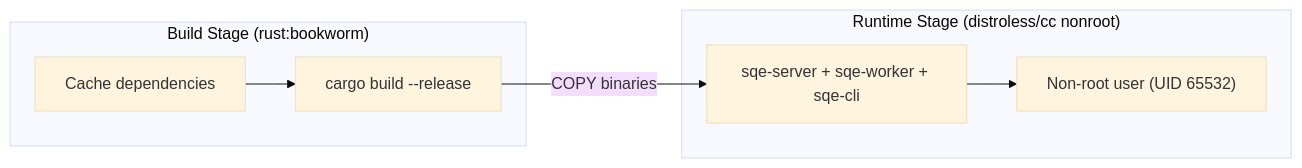
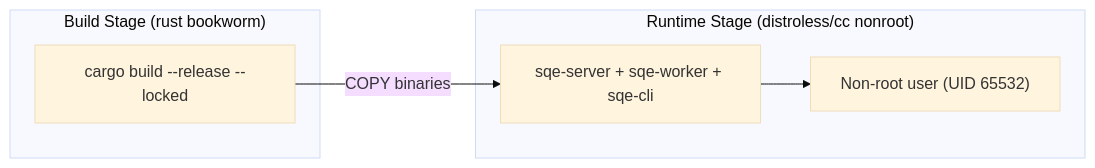
The diagram in docs/site/book/src/getting-started/building.md (schubergphilis/sqe), drawn with Mermaid (base theme) before and after one commit. The commit also changed other lines of this file and 7 other files, not shown here.

````diff
--- a/docs/site/book/src/getting-started/building.md
+++ b/docs/site/book/src/getting-started/building.md
@@ -74,10 +74,10 @@
 ```mermaid
 graph LR
-    subgraph "Build Stage (rust:bookworm)"
-        DEPS["Cache dependencies"] --> BUILD["cargo build --release"]
+    subgraph "Build Stage (rust bookworm)"
+        BUILD["cargo build --release --locked"]
     end
     subgraph "Runtime Stage (distroless/cc nonroot)"
         BIN["sqe-server + sqe-worker + sqe-cli"] --> RUN["Non-root user (UID 65532)"]
     end
     BUILD -->|COPY binaries| BIN
 ```
````
